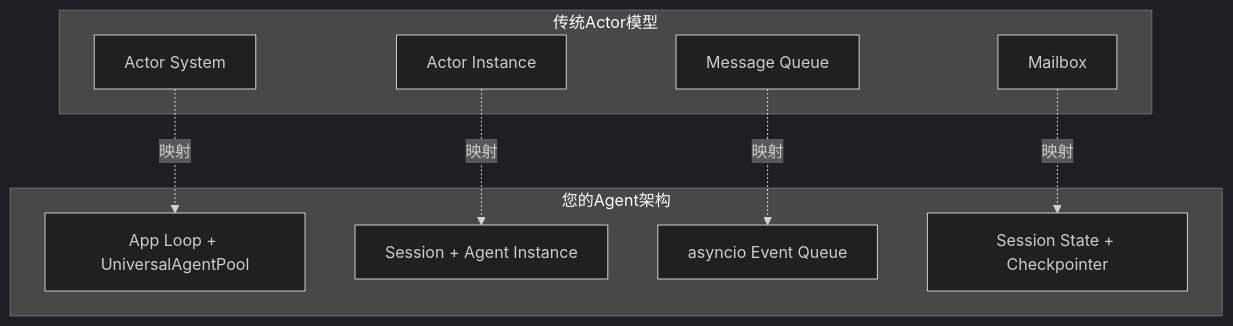
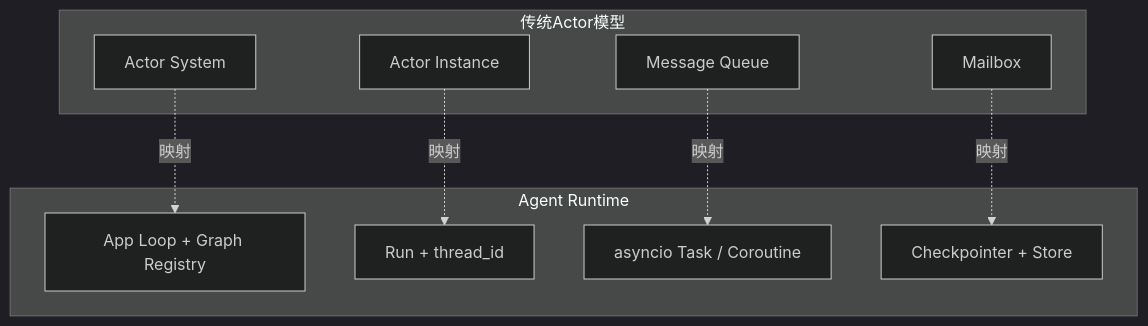
Before and after one commit to istarwyh/xiaohui: the first of 4 diagrams in content/program/practices/如何打造可靠的Agent系统.md, drawn with Mermaid (dark theme). The commit also changed other lines of this file, not shown here.

Commit message:
修正 Agent Runtime 状态模型

````diff
--- a/content/program/practices/如何打造可靠的Agent系统.md
+++ b/content/program/practices/如何打造可靠的Agent系统.md
@@ -37,22 +43,22 @@
 ```mermaid
 graph TB
     subgraph "传统Actor模型"
         A1[Actor System]
         A2[Actor Instance]
         A3[Message Queue]
         A4[Mailbox]
     end
 
-    subgraph "您的Agent架构"
-        B1[App Loop + UniversalAgentPool]
-        B2[Session + Agent Instance]
-        B3[asyncio Event Queue]
-        B4[Session State + Checkpointer]
+    subgraph "Agent Runtime"
+        B1[App Loop + Graph Registry]
+        B2[Run + thread_id]
+        B3[asyncio Task / Coroutine]
+        B4[Checkpointer + Store]
     end
 
     A1 -.映射.-> B1
     A2 -.映射.-> B2
     A3 -.映射.-> B3
     A4 -.映射.-> B4
 
 ```
````
